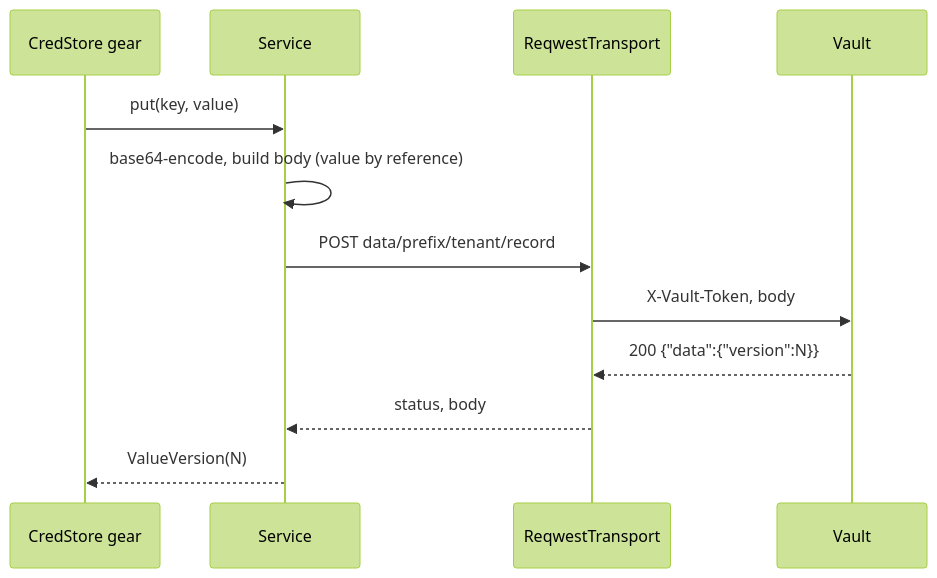
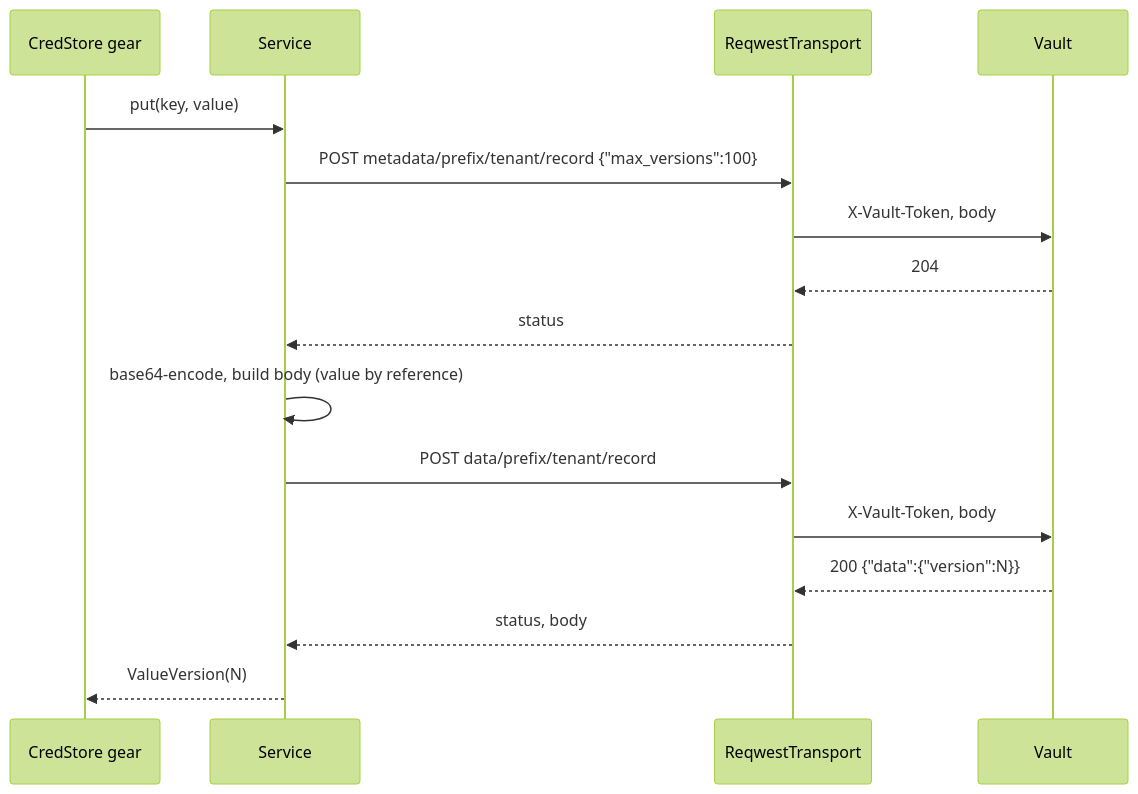
Before and after one commit to ffedoroff/gears-rust: the second of 4 diagrams in gears/credstore/plugins/vault-credstore-plugin/docs/DESIGN.md, drawn with Mermaid (forest theme). The commit also changed other lines of this file and 13 other files, not shown here.

First line of the commit message:
feat(credstore): Vault plugin pins each key's max_versions to 100 before every put

````diff
--- a/gears/credstore/plugins/vault-credstore-plugin/docs/DESIGN.md
+++ b/gears/credstore/plugins/vault-credstore-plugin/docs/DESIGN.md
@@ -354,14 +356,18 @@
 ```mermaid
 sequenceDiagram
     participant G as CredStore gear
     participant S as Service
     participant T as ReqwestTransport
     participant V as Vault
     G->>S: put(key, value)
+    S->>T: POST metadata/prefix/tenant/record {"max_versions":100}
+    T->>V: X-Vault-Token, body
+    V-->>T: 204
+    T-->>S: status
     S->>S: base64-encode, build body (value by reference)
     S->>T: POST data/prefix/tenant/record
     T->>V: X-Vault-Token, body
     V-->>T: 200 {"data":{"version":N}}
     T-->>S: status, body
     S-->>G: ValueVersion(N)
 ```
````
